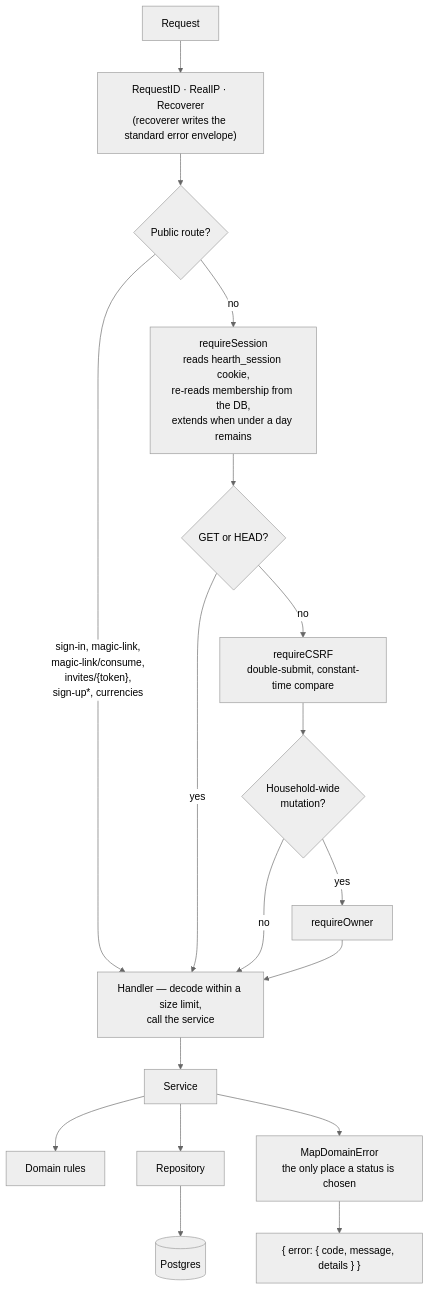
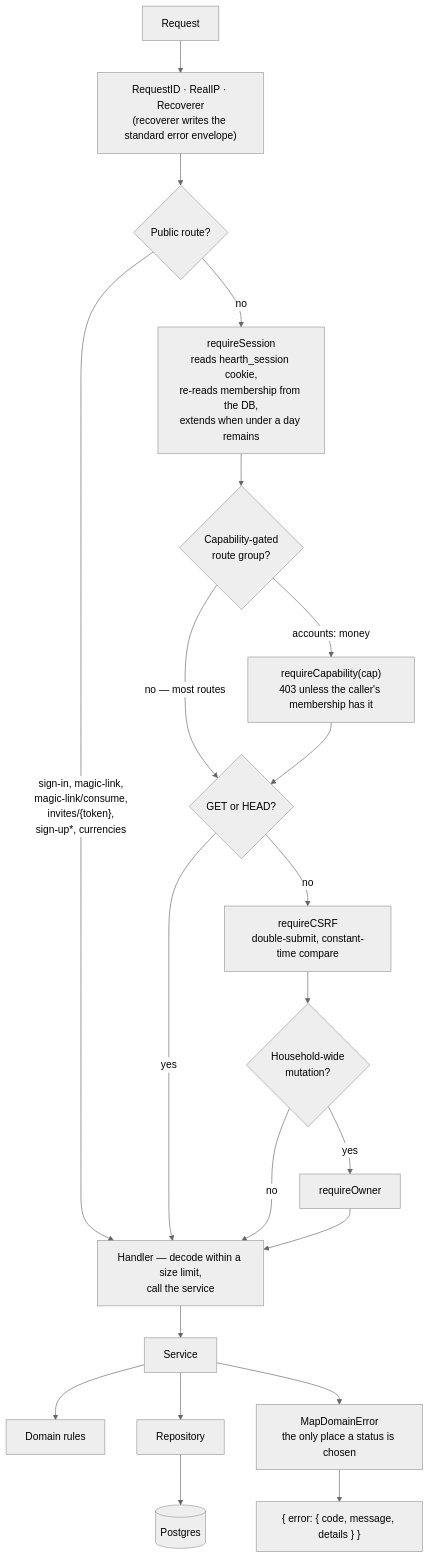
One commit to oandrz/Household changed the third of 10 diagrams in docs/SYSTEM_DESIGN.md. Above: the diagram before and after it, drawn with Mermaid (neutral theme). The commit also changed other lines of this file and 4 other files, not shown here.

````diff
--- a/docs/SYSTEM_DESIGN.md
+++ b/docs/SYSTEM_DESIGN.md
@@ -163,24 +170,27 @@
 ```mermaid
 graph TD
     Req["Request"] --> RID["RequestID · RealIP · Recoverer<br/>(recoverer writes the standard error envelope)"]
     RID --> Public{"Public route?"}
 
     Public -->|"sign-in, magic-link,<br/>magic-link/consume,<br/>invites/{token},<br/>sign-up*, currencies"| Handler
     Public -->|no| Session["requireSession<br/>reads hearth_session cookie,<br/>re-reads membership from the DB,<br/>extends when under a day remains"]
 
-    Session --> Safe{"GET or HEAD?"}
+    Session --> Cap{"Capability-gated<br/>route group?"}
+    Cap -->|"accounts: money"| RequireCap["requireCapability(cap)<br/>403 unless the caller's membership has it"]
+    Cap -->|"no — most routes"| Safe{"GET or HEAD?"}
+    RequireCap --> Safe
     Safe -->|yes| Handler
     Safe -->|no| CSRF["requireCSRF<br/>double-submit, constant-time compare"]
 
     CSRF --> Owner{"Household-wide<br/>mutation?"}
     Owner -->|yes| RequireOwner["requireOwner"]
     Owner -->|no| Handler
     RequireOwner --> Handler
 
     Handler["Handler — decode within a size limit,<br/>call the service"] --> Service["Service"]
     Service --> Domain["Domain rules"]
     Service --> Repo["Repository"]
     Repo --> DB[("Postgres")]
     Service --> MapErr["MapDomainError<br/>the only place a status is chosen"]
     MapErr --> Resp["{ error: { code, message, details } }"]
 ```
````
